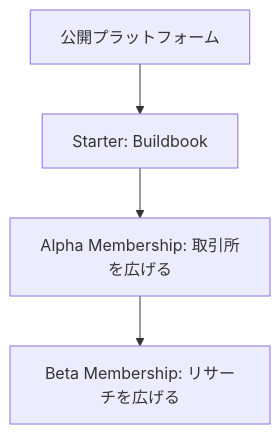
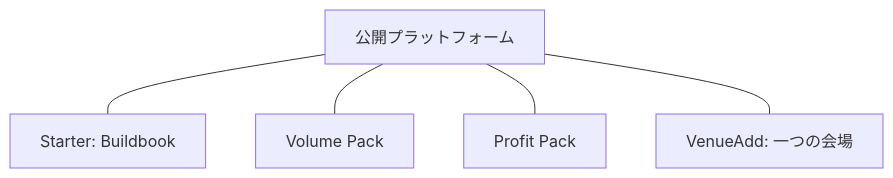
The fifth of 5 diagrams in docs/architecture/ARCHITECTURE_JA.md (SignalNexus/signal-nexus), drawn with Mermaid before and after one commit. The commit also changed other lines of this file and 5 other files, not shown here.

````diff
--- a/docs/architecture/ARCHITECTURE_JA.md
+++ b/docs/architecture/ARCHITECTURE_JA.md
@@ -98,6 +96,8 @@
 ```mermaid
 graph TD
-  Core["公開プラットフォーム"] --> Starter["Starter: Buildbook"]
-  Starter --> Alpha["Alpha Membership: 取引所を広げる"]
-  Alpha --> Beta["Beta Membership: リサーチを広げる"]
+  Core["公開プラットフォーム"]
+  Core --- Starter["Starter: Buildbook"]
+  Core --- Volume["Volume Pack"]
+  Core --- Profit["Profit Pack"]
+  Core --- VenueAdd["VenueAdd: 一つの会場"]
 ```
````
